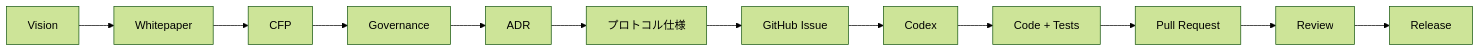
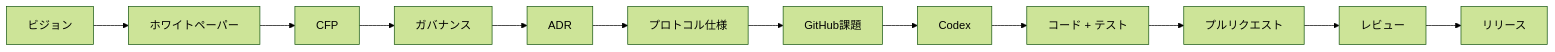
Before and after one commit to ShigeichiroYamasaki/creator-first-platform: the fifth of 5 diagrams in docs/index.md, drawn with Mermaid (forest theme). The commit also changed other lines of this file and 72 other files, not shown here.

````diff
--- a/docs/index.md
+++ b/docs/index.md
@@ -252,17 +252,17 @@
 ```mermaid
 flowchart LR
-    VISION[Vision]
-    WP[Whitepaper]
+    VISION[ビジョン]
+    WP[ホワイトペーパー]
     CFP[CFP]
-    GOV[Governance]
+    GOV[ガバナンス]
     ADR[ADR]
     SPEC[プロトコル仕様]
-    ISSUE[GitHub Issue]
+    ISSUE[GitHub課題]
     AI[Codex]
-    CODE[Code + Tests]
-    PR[Pull Request]
-    REVIEW[Review]
-    RELEASE[Release]
+    CODE[コード + テスト]
+    PR[プルリクエスト]
+    REVIEW[レビュー]
+    RELEASE[リリース]
 
     VISION --> WP --> CFP --> GOV --> ADR --> SPEC --> ISSUE --> AI --> CODE --> PR --> REVIEW --> RELEASE
 ```
````
